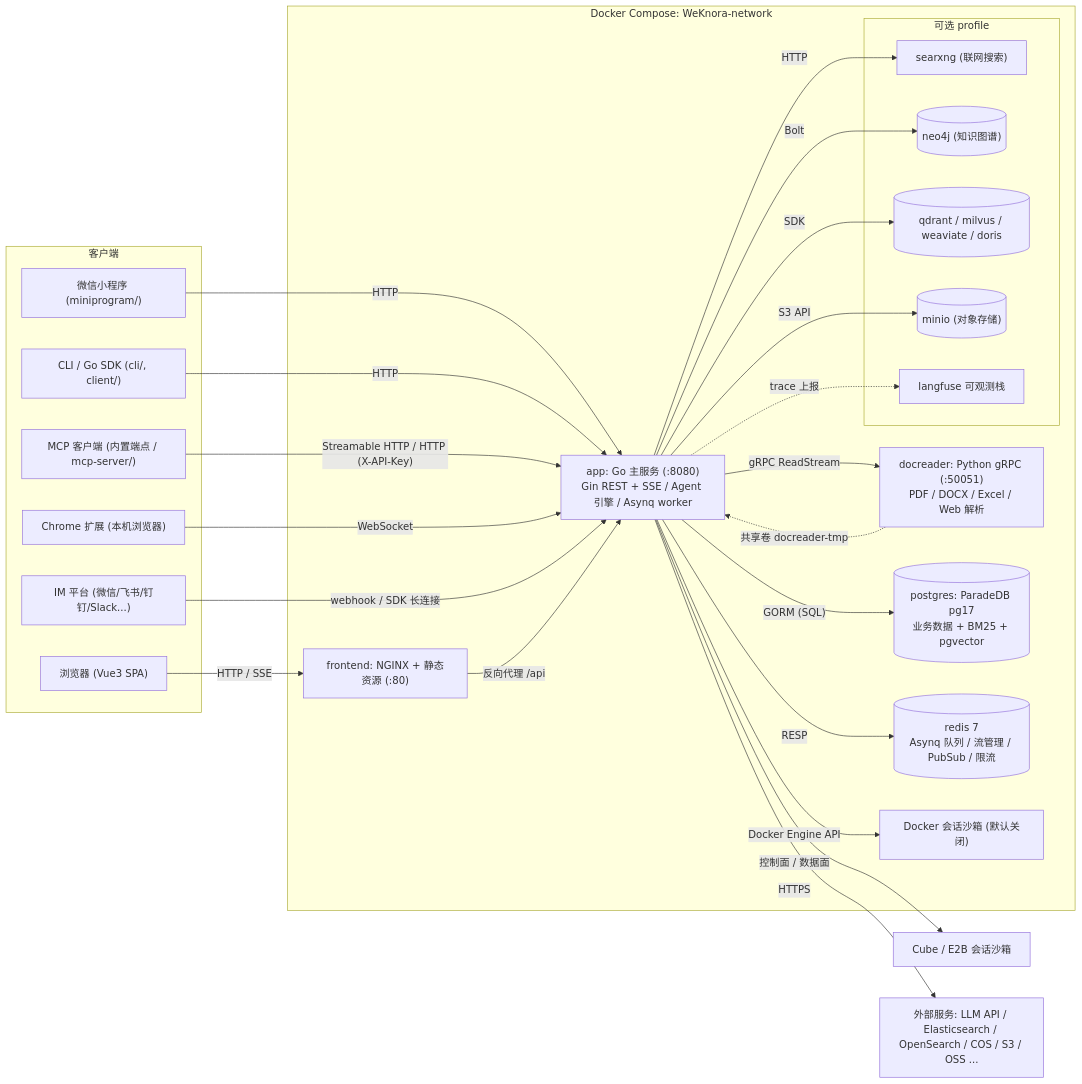
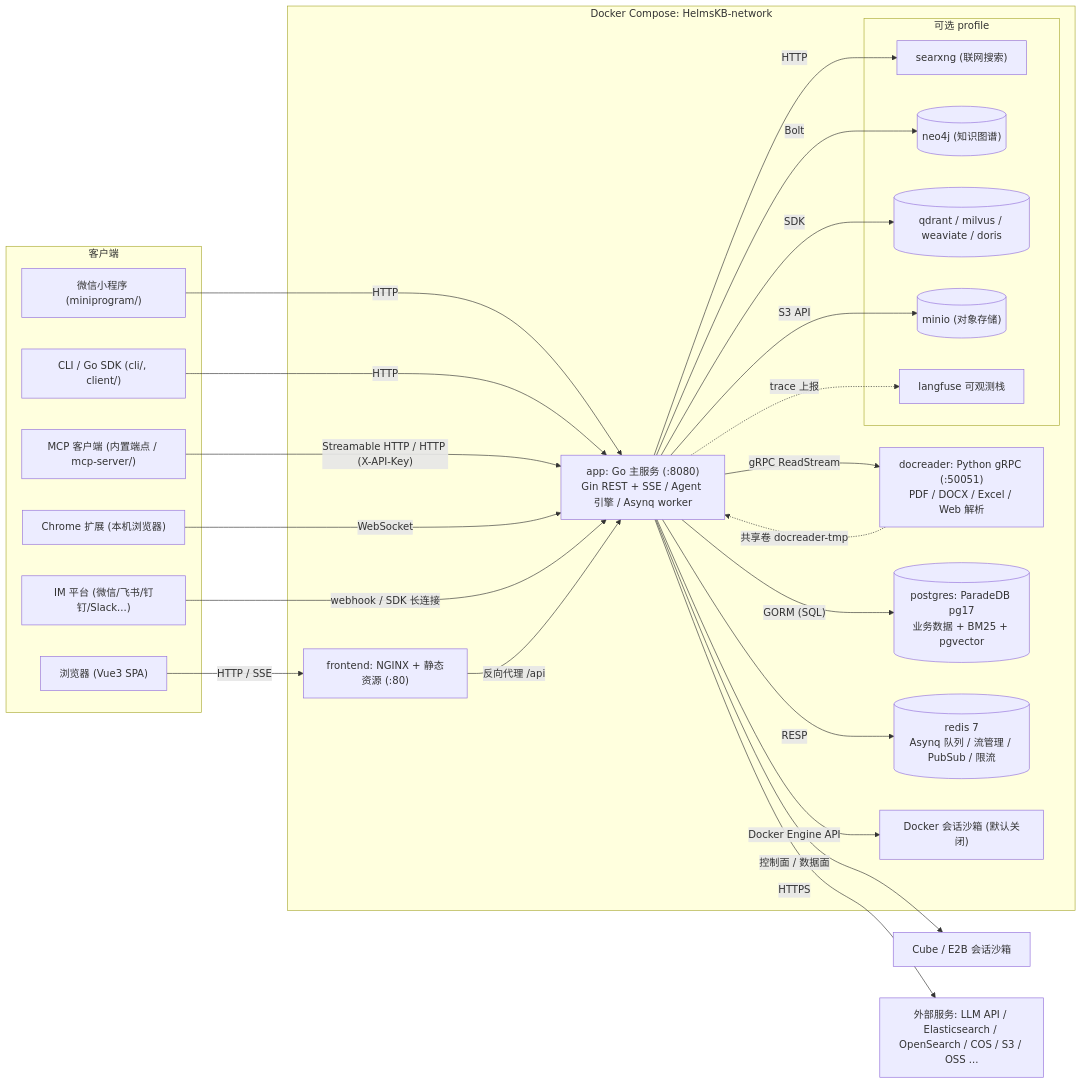
Before and after one commit to raylu798-art/HelmsKB: the first of 2 diagrams in website-docs/02-architecture/01-overview.md, drawn with Mermaid. The commit also changed other lines of this file and 50 other files, not shown here.

````diff
--- a/website-docs/02-architecture/01-overview.md
+++ b/website-docs/02-architecture/01-overview.md
@@ -91,50 +91,50 @@
 ```mermaid
 graph LR
     subgraph Clients["客户端"]
         Browser["浏览器 (Vue3 SPA)"]
         Mini["微信小程序 (miniprogram/)"]
         CLI["CLI / Go SDK (cli/, client/)"]
         MCPC["MCP 客户端 (内置端点 / mcp-server/)"]
         EXTN["Chrome 扩展 (本机浏览器)"]
         IM["IM 平台 (微信/飞书/钉钉/Slack...)"]
     end
 
-    subgraph Compose["Docker Compose: WeKnora-network"]
+    subgraph Compose["Docker Compose: HelmsKB-network"]
         FE["frontend: NGINX + 静态资源 (:80)"]
         APP["app: Go 主服务 (:8080)<br/>Gin REST + SSE / Agent 引擎 / Asynq worker"]
         DR["docreader: Python gRPC (:50051)<br/>PDF / DOCX / Excel / Web 解析"]
         PG[("postgres: ParadeDB pg17<br/>业务数据 + BM25 + pgvector")]
         RD[("redis 7<br/>Asynq 队列 / 流管理 / PubSub / 限流")]
         SBX["Docker 会话沙箱 (默认关闭)"]
         subgraph Optional["可选 profile"]
             SX["searxng (联网搜索)"]
             NEO[("neo4j (知识图谱)")]
             VDB[("qdrant / milvus / weaviate / doris")]
             MINIO[("minio (对象存储)")]
             LF["langfuse 可观测栈"]
         end
     end
 
     REMOTE["Cube / E2B 会话沙箱"]
     EXT["外部服务: LLM API / Elasticsearch / OpenSearch / COS / S3 / OSS ..."]
 
     Browser -->|"HTTP / SSE"| FE
     Mini -->|"HTTP"| APP
     CLI -->|"HTTP"| APP
     MCPC -->|"Streamable HTTP / HTTP (X-API-Key)"| APP
     EXTN -->|"WebSocket"| APP
     IM -->|"webhook / SDK 长连接"| APP
     FE -->|"反向代理 /api"| APP
     APP -->|"gRPC ReadStream"| DR
     APP -->|"GORM (SQL)"| PG
     APP -->|"RESP"| RD
     APP -->|"Docker Engine API"| SBX
     APP -->|"控制面 / 数据面"| REMOTE
     APP -->|"HTTP"| SX
     APP -->|"Bolt"| NEO
     APP -->|"SDK"| VDB
     APP -->|"S3 API"| MINIO
     APP -->|"HTTPS"| EXT
     APP -.->|"trace 上报"| LF
     DR -.->|"共享卷 docreader-tmp"| APP
 ```
````
